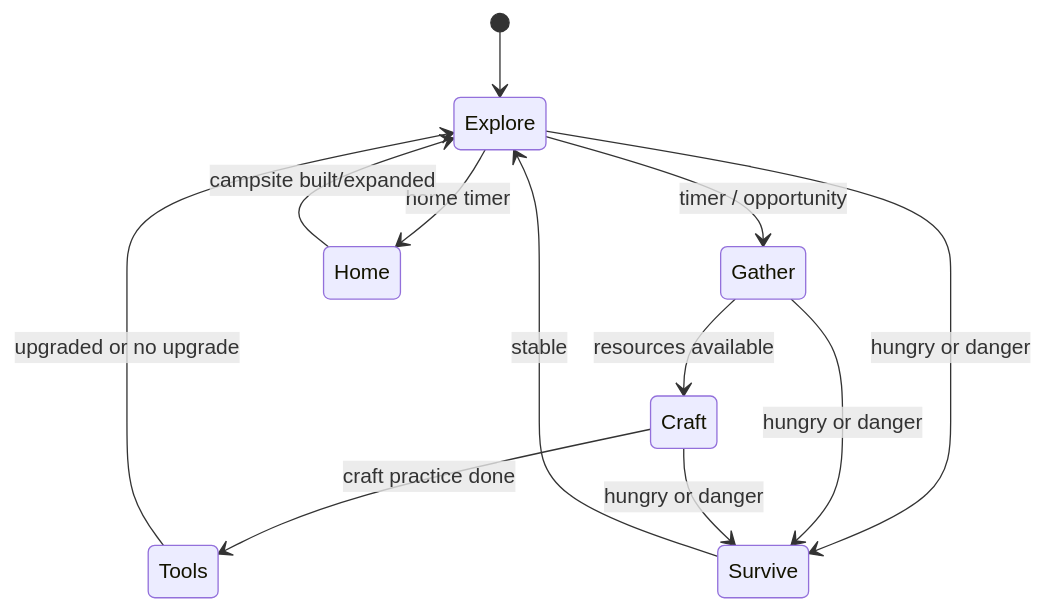
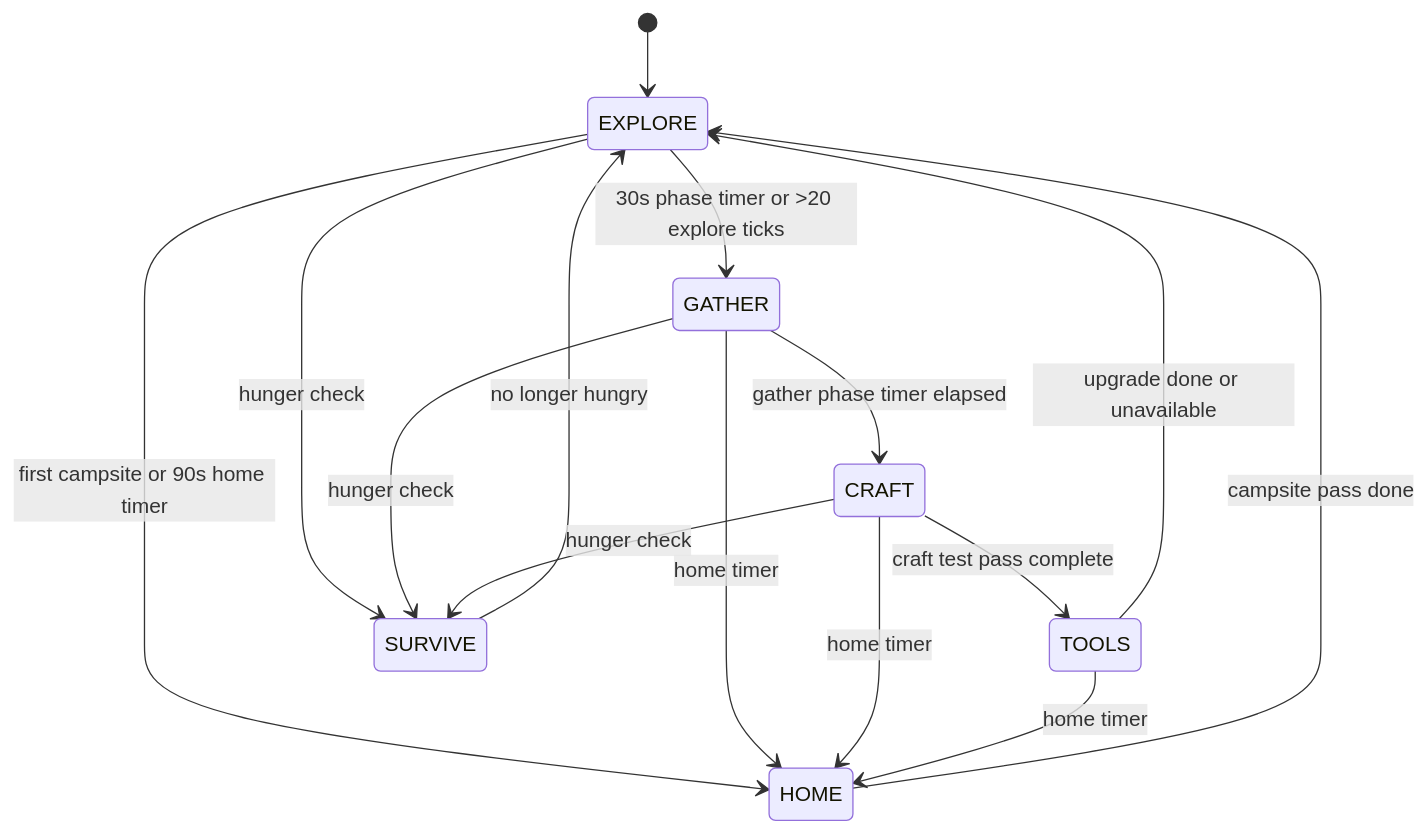
The fourth of 5 diagrams in docs/BEAT_THE_GAME.md (unaveragetech/Belfegor), drawn with Mermaid before and after one commit. The commit also changed other lines of this file and 3 other files, not shown here.

Commit message:
Document player mode internals and craftable catalogue roadmap

````diff
--- a/docs/BEAT_THE_GAME.md
+++ b/docs/BEAT_THE_GAME.md
@@ -95,14 +125,17 @@
 ```mermaid
 stateDiagram-v2
-    [*] --> Explore
-    Explore --> Gather: timer / opportunity
-    Gather --> Craft: resources available
-    Craft --> Tools: craft practice done
-    Tools --> Explore: upgraded or no upgrade
-    Explore --> Home: home timer
-    Home --> Explore: campsite built/expanded
-    Explore --> Survive: hungry or danger
-    Gather --> Survive: hungry or danger
-    Craft --> Survive: hungry or danger
-    Survive --> Explore: stable
+    [*] --> EXPLORE
+    EXPLORE --> GATHER: 30s phase timer or >20 explore ticks
+    GATHER --> CRAFT: gather phase timer elapsed
+    CRAFT --> TOOLS: craft test pass complete
+    TOOLS --> EXPLORE: upgrade done or unavailable
+    EXPLORE --> HOME: first campsite or 90s home timer
+    GATHER --> HOME: home timer
+    CRAFT --> HOME: home timer
+    TOOLS --> HOME: home timer
+    HOME --> EXPLORE: campsite pass done
+    EXPLORE --> SURVIVE: hunger check
+    GATHER --> SURVIVE: hunger check
+    CRAFT --> SURVIVE: hunger check
+    SURVIVE --> EXPLORE: no longer hungry
 ```
````
